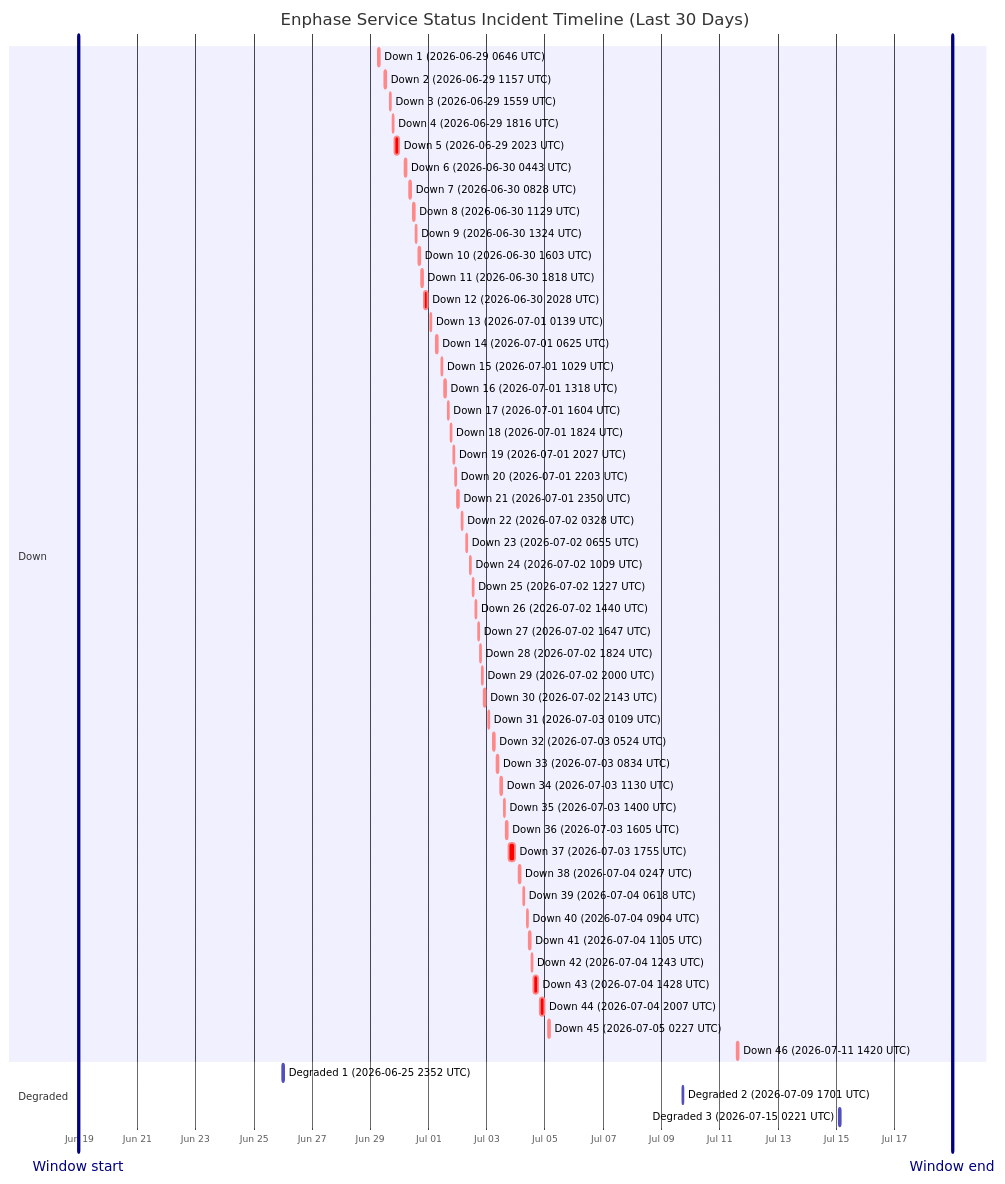
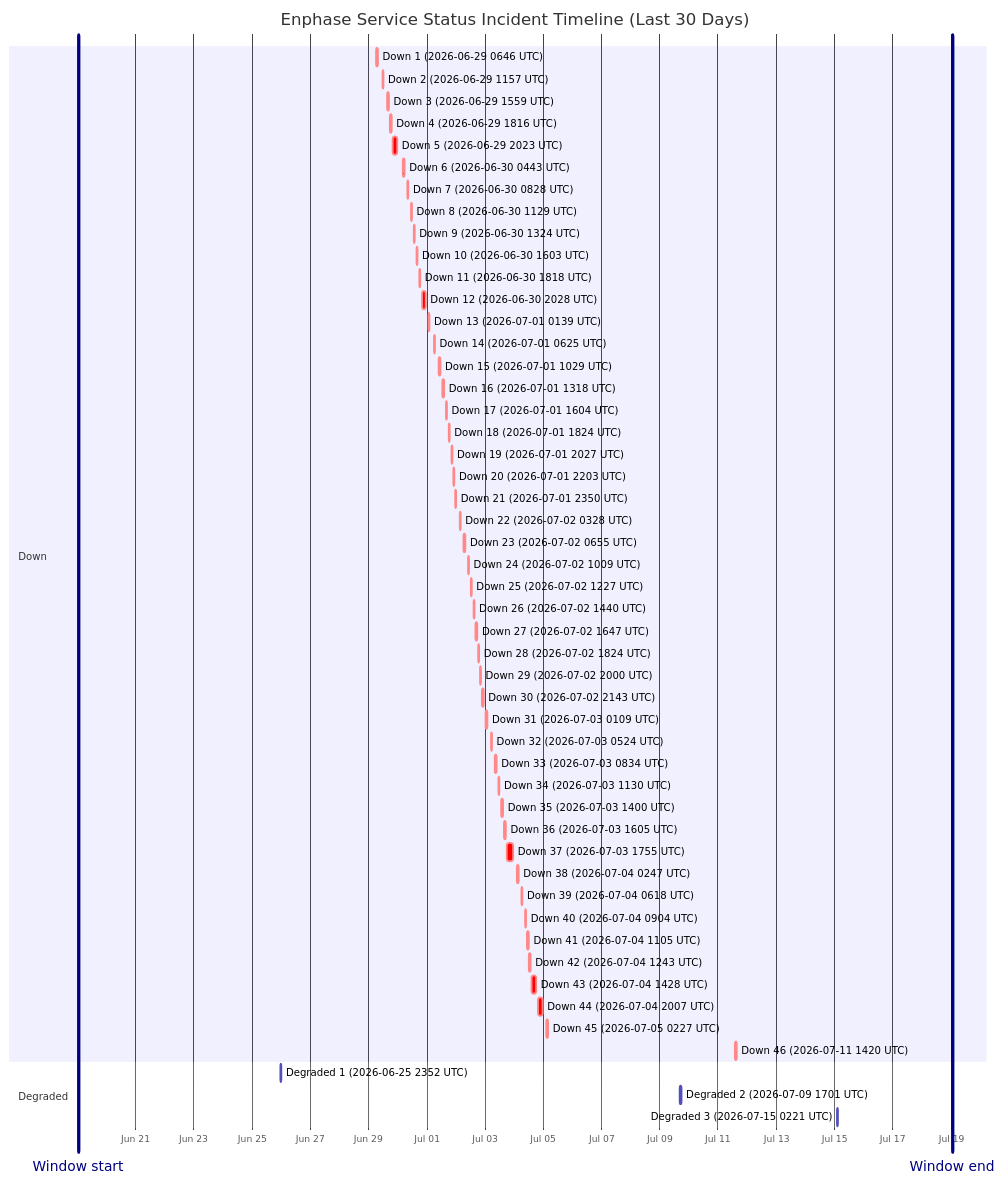
One commit to barneyonline/ha-enphase-energy changed the diagram in wiki/Service-Status-History.md. Above: the diagram before and after it, drawn with Mermaid. The commit also changed other lines of this file and 3 other files, not shown here.

````diff
--- a/wiki/Service-Status-History.md
+++ b/wiki/Service-Status-History.md
@@ -14,59 +14,59 @@
 ```mermaid
 gantt
     title Enphase Service Status Incident Timeline (Last 30 Days)
     dateFormat  YYYY-MM-DDTHH:mm:ss
     axisFormat  %b %d
-    Window start :vert, window-start, 2026-06-18T23:25:16, 0ms
-    Window end :vert, window-end, 2026-07-18T23:25:16, 0ms
+    Window start :vert, window-start, 2026-06-19T01:01:55, 0ms
+    Window end :vert, window-end, 2026-07-19T01:01:55, 0ms
     section Down
     Down 1 (2026-06-29 0646 UTC) :crit, down-1, 2026-06-29T06:46:18, 60m
     Down 2 (2026-06-29 1157 UTC) :crit, down-2, 2026-06-29T11:57:36, 60m
     Down 3 (2026-06-29 1559 UTC) :crit, down-3, 2026-06-29T15:59:02, 60m
     Down 4 (2026-06-29 1816 UTC) :crit, down-4, 2026-06-29T18:16:38, 60m
     Down 5 (2026-06-29 2023 UTC) :crit, down-5, 2026-06-29T20:23:16, 220m
     Down 6 (2026-06-30 0443 UTC) :crit, down-6, 2026-06-30T04:43:54, 60m
     Down 7 (2026-06-30 0828 UTC) :crit, down-7, 2026-06-30T08:28:43, 60m
     Down 8 (2026-06-30 1129 UTC) :crit, down-8, 2026-06-30T11:29:15, 60m
     Down 9 (2026-06-30 1324 UTC) :crit, down-9, 2026-06-30T13:24:25, 60m
     Down 10 (2026-06-30 1603 UTC) :crit, down-10, 2026-06-30T16:03:26, 60m
     Down 11 (2026-06-30 1818 UTC) :crit, down-11, 2026-06-30T18:18:39, 60m
     Down 12 (2026-06-30 2028 UTC) :crit, down-12, 2026-06-30T20:28:54, 171m
     Down 13 (2026-07-01 0139 UTC) :crit, down-13, 2026-07-01T01:39:18, 60m
     Down 14 (2026-07-01 0625 UTC) :crit, down-14, 2026-07-01T06:25:35, 60m
     Down 15 (2026-07-01 1029 UTC) :crit, down-15, 2026-07-01T10:29:24, 60m
     Down 16 (2026-07-01 1318 UTC) :crit, down-16, 2026-07-01T13:18:31, 60m
     Down 17 (2026-07-01 1604 UTC) :crit, down-17, 2026-07-01T16:04:29, 60m
     Down 18 (2026-07-01 1824 UTC) :crit, down-18, 2026-07-01T18:24:21, 60m
     Down 19 (2026-07-01 2027 UTC) :crit, down-19, 2026-07-01T20:27:17, 60m
     Down 20 (2026-07-01 2203 UTC) :crit, down-20, 2026-07-01T22:03:46, 60m
     Down 21 (2026-07-01 2350 UTC) :crit, down-21, 2026-07-01T23:50:52, 60m
     Down 22 (2026-07-02 0328 UTC) :crit, down-22, 2026-07-02T03:28:33, 60m
     Down 23 (2026-07-02 0655 UTC) :crit, down-23, 2026-07-02T06:55:07, 60m
     Down 24 (2026-07-02 1009 UTC) :crit, down-24, 2026-07-02T10:09:15, 60m
     Down 25 (2026-07-02 1227 UTC) :crit, down-25, 2026-07-02T12:27:49, 60m
     Down 26 (2026-07-02 1440 UTC) :crit, down-26, 2026-07-02T14:40:53, 60m
     Down 27 (2026-07-02 1647 UTC) :crit, down-27, 2026-07-02T16:47:47, 60m
     Down 28 (2026-07-02 1824 UTC) :crit, down-28, 2026-07-02T18:24:26, 60m
     Down 29 (2026-07-02 2000 UTC) :crit, down-29, 2026-07-02T20:00:57, 60m
     Down 30 (2026-07-02 2143 UTC) :crit, down-30, 2026-07-02T21:43:52, 80m
     Down 31 (2026-07-03 0109 UTC) :crit, down-31, 2026-07-03T01:09:19, 60m
     Down 32 (2026-07-03 0524 UTC) :crit, down-32, 2026-07-03T05:24:23, 60m
     Down 33 (2026-07-03 0834 UTC) :crit, down-33, 2026-07-03T08:34:05, 60m
     Down 34 (2026-07-03 1130 UTC) :crit, down-34, 2026-07-03T11:30:41, 60m
     Down 35 (2026-07-03 1400 UTC) :crit, down-35, 2026-07-03T14:00:48, 60m
     Down 36 (2026-07-03 1605 UTC) :crit, down-36, 2026-07-03T16:05:49, 60m
     Down 37 (2026-07-03 1755 UTC) :crit, down-37, 2026-07-03T17:55:54, 338m
     Down 38 (2026-07-04 0247 UTC) :crit, down-38, 2026-07-04T02:47:22, 60m
     Down 39 (2026-07-04 0618 UTC) :crit, down-39, 2026-07-04T06:18:09, 60m
     Down 40 (2026-07-04 0904 UTC) :crit, down-40, 2026-07-04T09:04:41, 60m
     Down 41 (2026-07-04 1105 UTC) :crit, down-41, 2026-07-04T11:05:21, 60m
     Down 42 (2026-07-04 1243 UTC) :crit, down-42, 2026-07-04T12:43:25, 60m
     Down 43 (2026-07-04 1428 UTC) :crit, down-43, 2026-07-04T14:28:07, 243m
     Down 44 (2026-07-04 2007 UTC) :crit, down-44, 2026-07-04T20:07:50, 206m
     Down 45 (2026-07-05 0227 UTC) :crit, down-45, 2026-07-05T02:27:32, 109m
     Down 46 (2026-07-11 1420 UTC) :crit, down-46, 2026-07-11T14:20:54, 69m
     section Degraded
     Degraded 1 (2026-06-25 2352 UTC) :active, degraded-1, 2026-06-25T23:52:01, 60m
     Degraded 2 (2026-07-09 1701 UTC) :active, degraded-2, 2026-07-09T17:01:02, 60m
     Degraded 3 (2026-07-15 0221 UTC) :active, degraded-3, 2026-07-15T02:21:35, 60m
 ```
````
